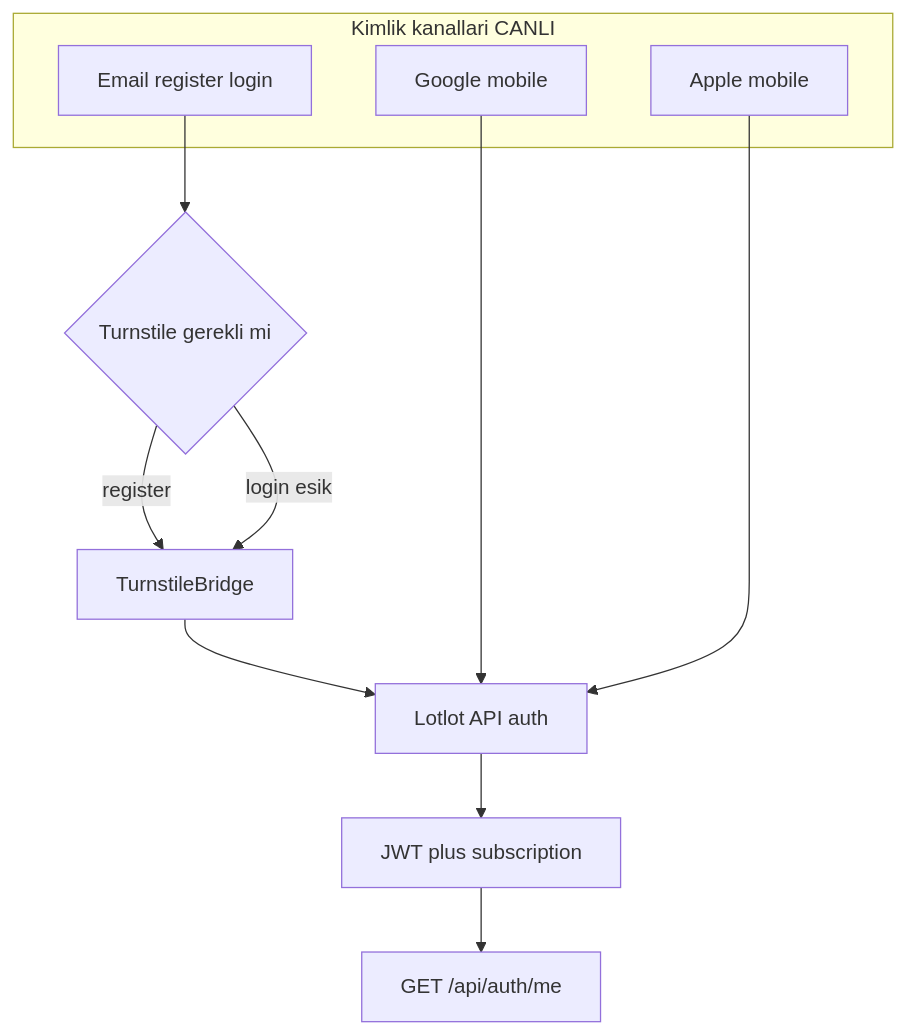
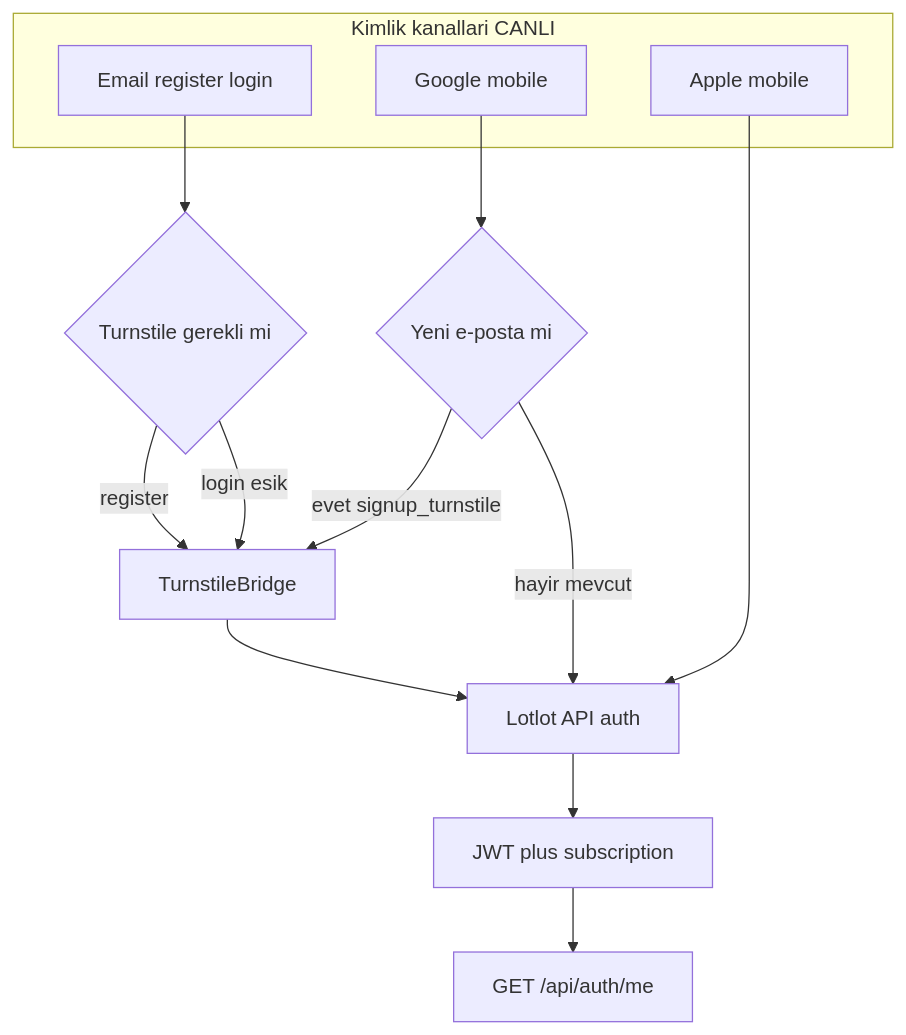
Before and after one commit to ersinarikan/bistmobile: the tenth of 17 diagrams in docs/MOBILE_API_INTEGRATION_GUIDE.md, drawn with Mermaid. The commit also changed other lines of this file and 8 other files, not shown here.

First line of the commit message:
Require Turnstile on first Google signup and ship 1.0.0+86.

````diff
--- a/docs/MOBILE_API_INTEGRATION_GUIDE.md
+++ b/docs/MOBILE_API_INTEGRATION_GUIDE.md
@@ -942,16 +972,18 @@
 ```mermaid
 flowchart TD
   subgraph auth [Kimlik kanallari CANLI]
     E[Email register login]
     G[Google mobile]
     A[Apple mobile]
   end
   E --> T{Turnstile gerekli mi}
   T -->|register| Bridge[TurnstileBridge]
   T -->|login esik| Bridge
   Bridge --> API[Lotlot API auth]
-  G --> API
+  G --> GT{Yeni e-posta mi}
+  GT -->|evet signup_turnstile| Bridge
+  GT -->|hayir mevcut| API
   A --> API
   API --> JWT[JWT plus subscription]
   JWT --> Me[GET /api/auth/me]
 ```
````
